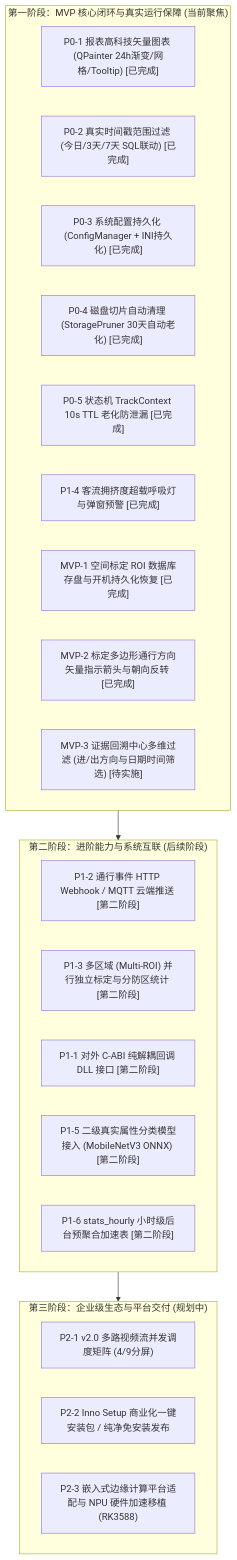
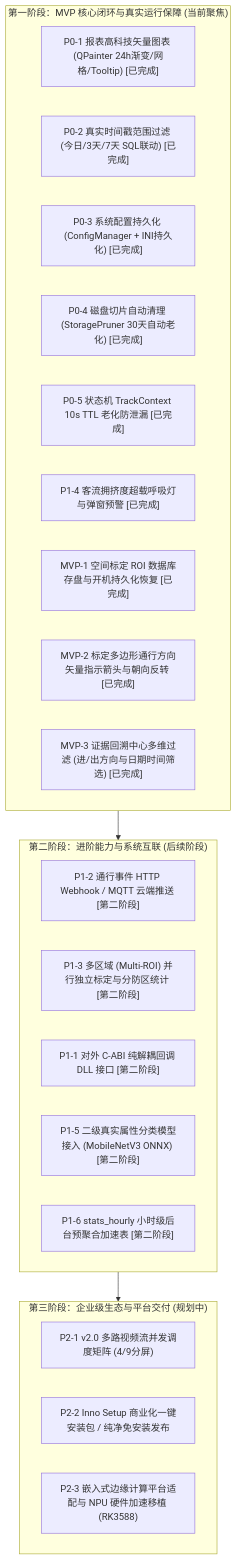
One commit to huangjingpei/FlowSight changed the second of 2 diagrams in docs/06-FlowSight_商业化核心功能缺口分析与分期演进路线图.md. Above: the diagram before and after it, drawn with Mermaid. The commit also changed other lines of this file and 4 other files, not shown here.

````diff
--- a/docs/06-FlowSight_商业化核心功能缺口分析与分期演进路线图.md
+++ b/docs/06-FlowSight_商业化核心功能缺口分析与分期演进路线图.md
@@ -131,31 +131,31 @@
 ```mermaid
 graph TD
     subgraph Phase1["第一阶段：MVP 核心闭环与真实运行保障 (当前聚焦)"]
         P0_1["P0-1 报表高科技矢量图表 (QPainter 24h渐变/网格/Tooltip) [已完成]"]
         P0_2["P0-2 真实时间戳范围过滤 (今日/3天/7天 SQL联动) [已完成]"]
         P0_3["P0-3 系统配置持久化 (ConfigManager + INI持久化) [已完成]"]
         P0_4["P0-4 磁盘切片自动清理 (StoragePruner 30天自动老化) [已完成]"]
         P0_5["P0-5 状态机 TrackContext 10s TTL 老化防泄漏 [已完成]"]
         P1_4["P1-4 客流拥挤度超载呼吸灯与弹窗预警 [已完成]"]
         MVP_1["MVP-1 空间标定 ROI 数据库存盘与开机持久化恢复 [已完成]"]
         MVP_2["MVP-2 标定多边形通行方向矢量指示箭头与朝向反转 [已完成]"]
-        MVP_3["MVP-3 证据回溯中心多维过滤 (进/出方向与日期时间筛选) [待实施]"]
+        MVP_3["MVP-3 证据回溯中心多维过滤 (进/出方向与日期时间筛选) [已完成]"]
     end
 
     subgraph Phase2["第二阶段：进阶能力与系统互联 (后续阶段)"]
         P1_2["P1-2 通行事件 HTTP Webhook / MQTT 云端推送 [第二阶段]"]
         P1_3["P1-3 多区域 (Multi-ROI) 并行独立标定与分防区统计 [第二阶段]"]
         P1_1["P1-1 对外 C-ABI 纯解耦回调 DLL 接口 [第二阶段]"]
         P1_5["P1-5 二级真实属性分类模型接入 (MobileNetV3 ONNX) [第二阶段]"]
         P1_6["P1-6 stats_hourly 小时级后台预聚合加速表 [第二阶段]"]
     end
 
     subgraph Phase3["第三阶段：企业级生态与平台交付 (规划中)"]
         P2_1["P2-1 v2.0 多路视频流并发调度矩阵 (4/9分屏)"]
         P2_2["P2-2 Inno Setup 商业化一键安装包 / 纯净免安装发布"]
         P2_3["P2-3 嵌入式边缘计算平台适配与 NPU 硬件加速移植 (RK3588)"]
     end
 
     Phase1 --> Phase2
     Phase2 --> Phase3
 ```
````
